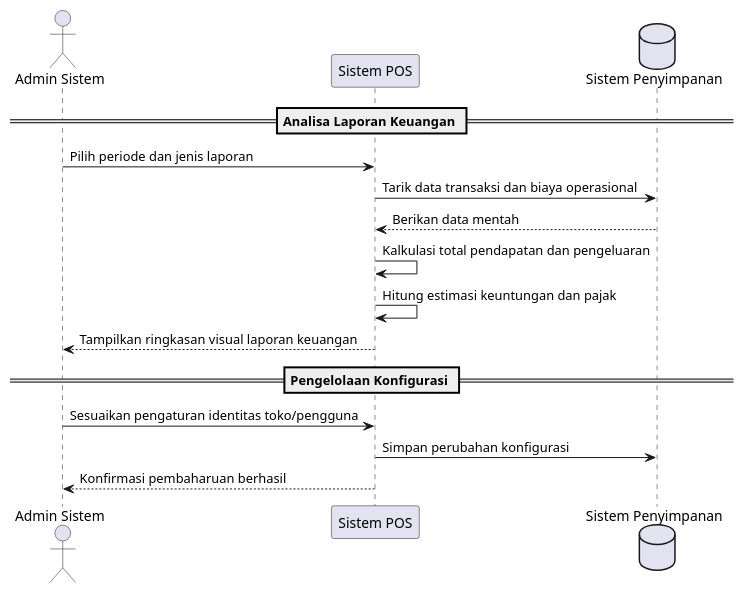
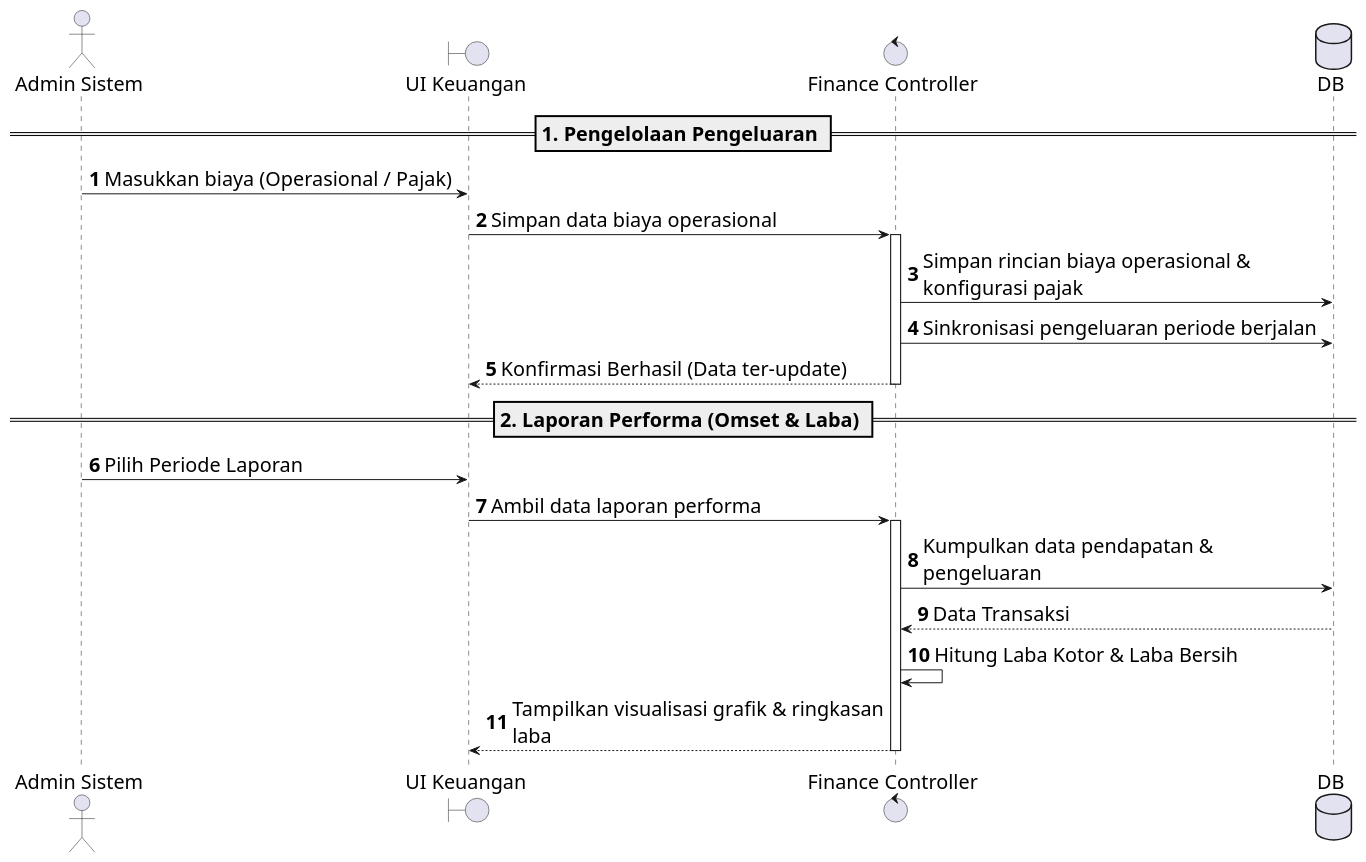
The diagram in docs/uml-sequence-operations.puml (Aditiarzky/pos-app), drawn with PlantUML before and after one commit. The commit also changed 75 other files, not shown here.

```diff
--- a/docs/uml-sequence-operations.puml
+++ b/docs/uml-sequence-operations.puml
@@ -1,18 +1,32 @@
 @startuml
+autonumber
+
+skinparam BoxPadding 10
+skinparam ParticipantPadding 10
+skinparam defaultFontSize 20
+skinparam maxMessageSize 400
+
 actor "Admin Sistem" as Admin
-participant "Sistem POS" as App
-database "Sistem Penyimpanan" as DB
+boundary "UI Keuangan" as UI
+control "Finance Controller" as Controller
+database "DB" as DB
 
-== Analisa Laporan Keuangan ==
-Admin -> App: Pilih periode dan jenis laporan
-App -> DB: Tarik data transaksi dan biaya operasional
-DB --> App: Berikan data mentah
-App -> App: Kalkulasi total pendapatan dan pengeluaran
-App -> App: Hitung estimasi keuntungan dan pajak
-App --> Admin: Tampilkan ringkasan visual laporan keuangan
+== 1. Pengelolaan Pengeluaran ==
+Admin -> UI : Masukkan biaya (Operasional / Pajak)
+UI -> Controller : Simpan data biaya operasional
+activate Controller
+Controller -> DB : Simpan rincian biaya operasional & konfigurasi pajak
+Controller -> DB : Sinkronisasi pengeluaran periode berjalan
+Controller --> UI : Konfirmasi Berhasil (Data ter-update)
+deactivate Controller
 
-== Pengelolaan Konfigurasi ==
-Admin -> App: Sesuaikan pengaturan identitas toko/pengguna
-App -> DB: Simpan perubahan konfigurasi
-App --> Admin: Konfirmasi pembaharuan berhasil
+== 2. Laporan Performa (Omset & Laba) ==
+Admin -> UI : Pilih Periode Laporan
+UI -> Controller : Ambil data laporan performa
+activate Controller
+Controller -> DB : Kumpulkan data pendapatan & pengeluaran
+DB --> Controller : Data Transaksi
+Controller -> Controller : Hitung Laba Kotor & Laba Bersih
+Controller --> UI : Tampilkan visualisasi grafik & ringkasan laba
+deactivate Controller
 @enduml
```
